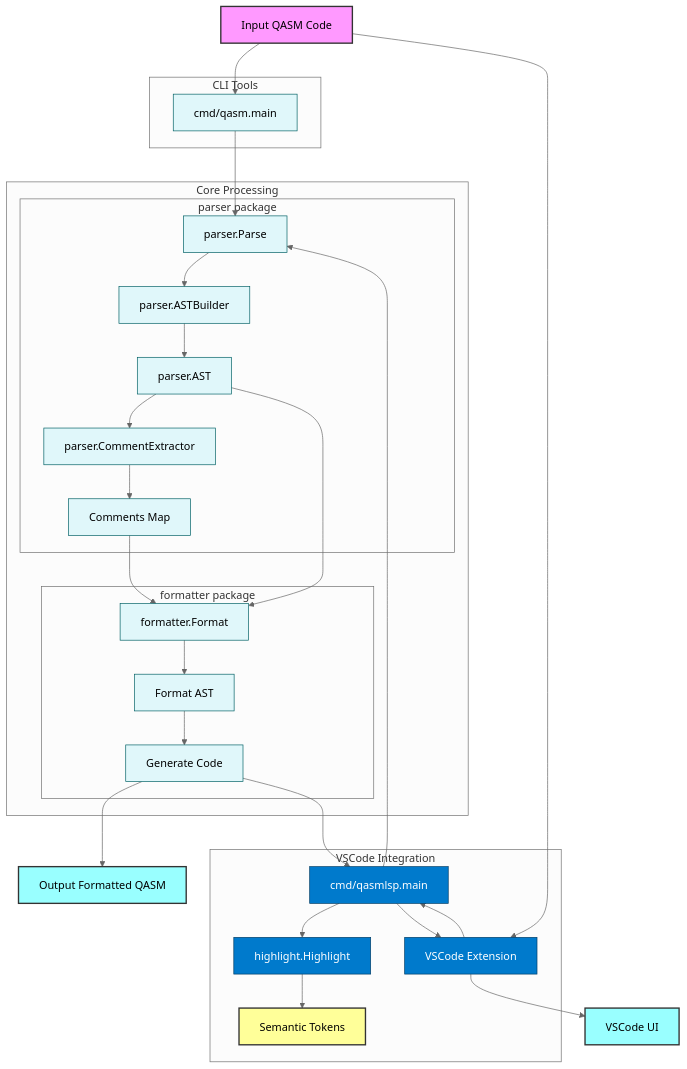
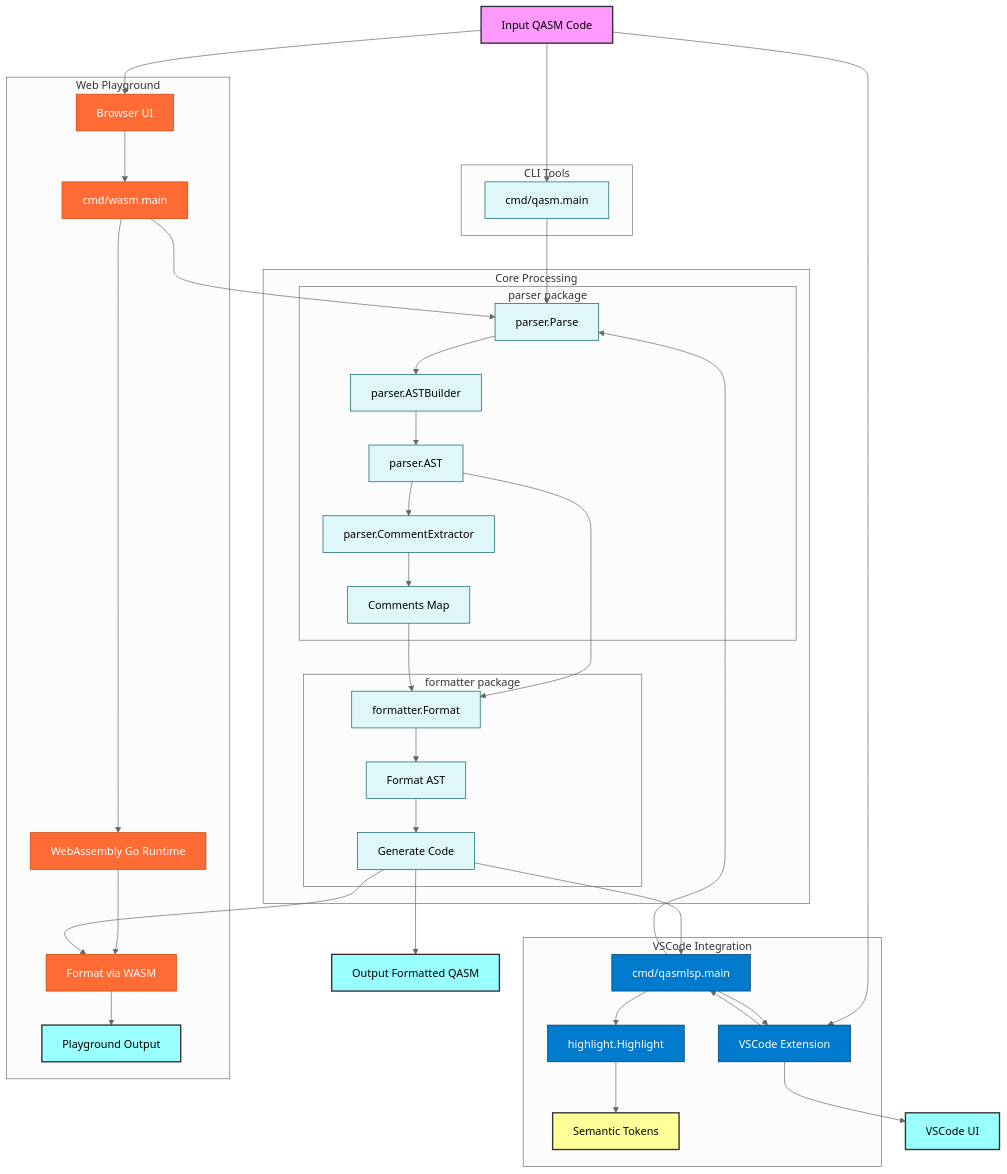
Before and after one commit to orangekame3/qasmtools: the diagram in README.md, drawn with Mermaid (neutral theme). The commit also changed other lines of this file, not shown here.

Commit message:
README.md: add Web Playground flow diagram and description (#70)

````diff
--- a/README.md
+++ b/README.md
@@ -468,53 +468,66 @@
 ```mermaid
 flowchart TD
     A[Input QASM Code] --> M[cmd/qasm.main]
     A --> VSC[VSCode Extension]
+    A --> PW[Web Playground]
     
     subgraph "CLI Tools"
         M[cmd/qasm.main]
     end
     
     subgraph "VSCode Integration"
         VSC[VSCode Extension] --> LSP[cmd/qasmlsp.main]
         LSP --> HL[highlight.Highlight]
         HL --> ST[Semantic Tokens]
     end
     
+    subgraph "Web Playground"
+        PW[Browser UI] --> WASM[cmd/wasm.main]
+        WASM --> WG[WebAssembly Go Runtime]
+        WG --> WF[Format via WASM]
+        WF --> PO[Playground Output]
+    end
+    
     M --> B[parser.Parse]
     LSP --> B
+    WASM --> B
     
     subgraph "Core Processing"
         subgraph "parser package"
             B[parser.Parse] --> C[parser.ASTBuilder]
             C --> D[parser.AST]
             D --> E[parser.CommentExtractor]
             E --> F[Comments Map]
         end
         
         subgraph "formatter package"
             G[formatter.Format]
             H[Format AST]
             I[Generate Code]
         end
     end
     
     D --> G
     F --> G
     G --> H
     H --> I
     I --> J[Output Formatted QASM]
     I --> LSP
+    I --> WF
     
     LSP --> VSC
     VSC --> K[VSCode UI]
     
     style A fill:#f9f,stroke:#333,stroke-width:2px
     style J fill:#9ff,stroke:#333,stroke-width:2px
     style K fill:#9ff,stroke:#333,stroke-width:2px
+    style PO fill:#9ff,stroke:#333,stroke-width:2px
     style ST fill:#ff9,stroke:#333,stroke-width:2px
     
     classDef package fill:#e0f7fa,stroke:#006064
     classDef vscode fill:#007acc,stroke:#003d66,color:#fff
+    classDef playground fill:#ff6b35,stroke:#cc3d00,color:#fff
     class M,B,C,D,E,F,G,H,I package
     class VSC,LSP,HL vscode
+    class PW,WASM,WG,WF playground
 ```
````
